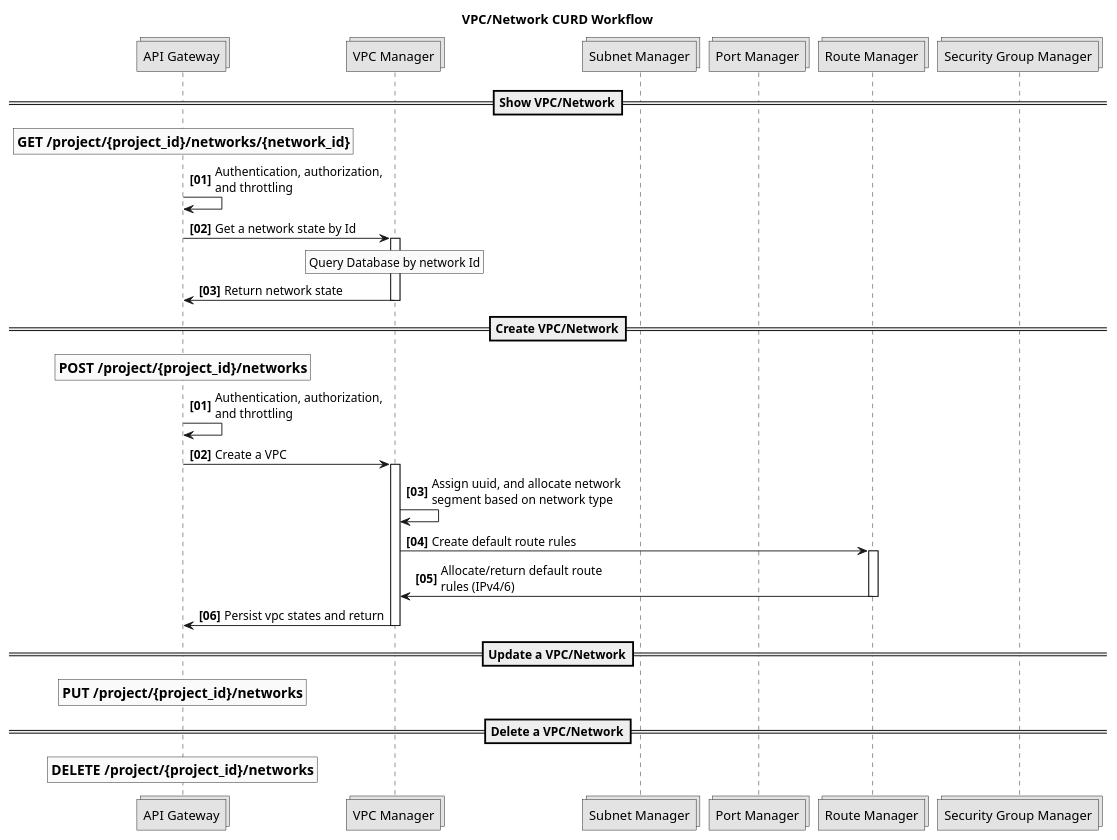
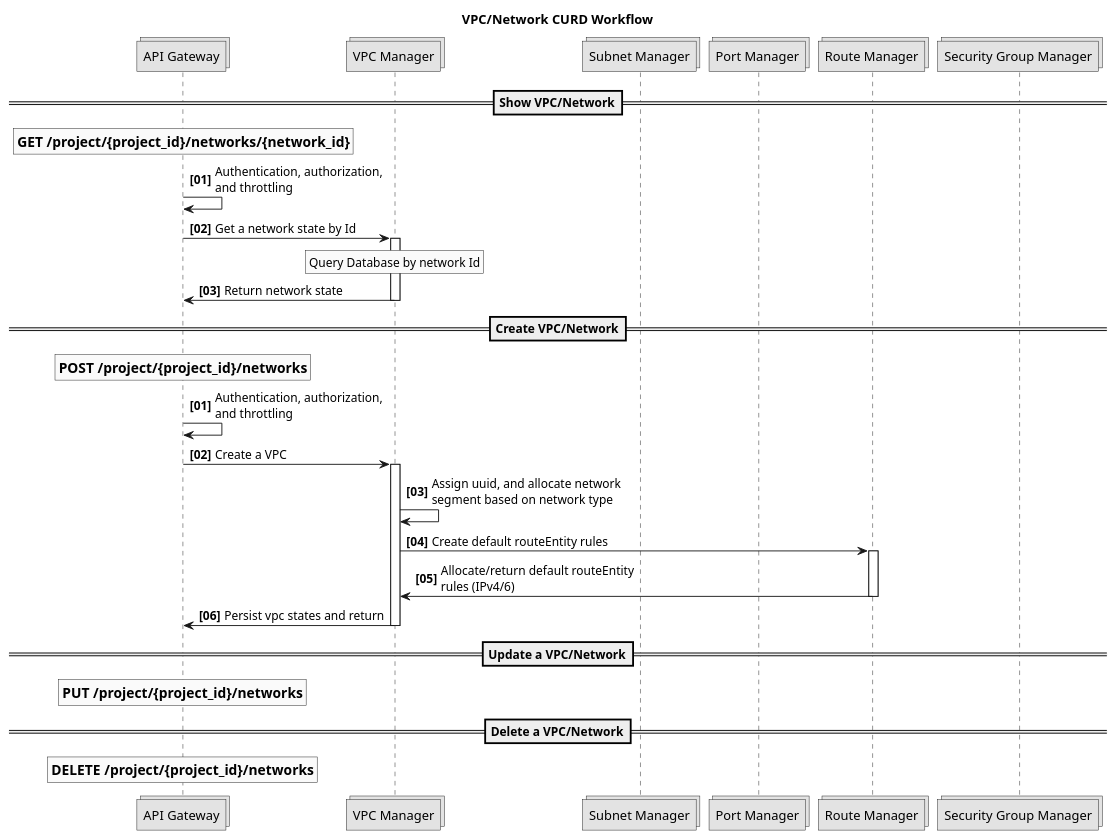
The diagram in docs/modules/ROOT/workflows/vpc_create.puml (futurewei-cloud/alcor), drawn with PlantUML before and after one commit. The commit also changed 30 other files, not shown here.

```diff
--- a/docs/modules/ROOT/workflows/vpc_create.puml
+++ b/docs/modules/ROOT/workflows/vpc_create.puml
@@ -15,57 +15,57 @@
 @startuml
 
 title VPC/Network CURD Workflow
 
 skinparam monochrome true
 collections "API Gateway" as api
 collections "VPC Manager" as vpc
 collections "Subnet Manager" as subnet
 collections "Port Manager" as port
-collections "Route Manager" as route
+collections "Route Manager" as routeEntity
 collections "Security Group Manager" as sg
 
 ==Show VPC/Network==
 autonumber "<b>[00]"
 rnote over api: ==GET /project/{project_id}/networks/{network_id}
 api -> api: Authentication, authorization,\nand throttling
 api -> vpc: Get a network state by Id
 activate vpc
 rnote over vpc: Query Database by network Id
 vpc -> api: Return network state
 deactivate vpc
 
 ==Create VPC/Network==
 autonumber "<b>[00]"
 rnote over api: ==POST /project/{project_id}/networks
 api -> api: Authentication, authorization,\nand throttling
 api -> vpc: Create a VPC
 activate vpc
 vpc -> vpc: Assign uuid, and allocate network\nsegment based on network type
-vpc -> route: Create default route rules
-activate route
-route -> vpc: Allocate/return default route\nrules (IPv4/6)
-deactivate route
+vpc -> routeEntity: Create default routeEntity rules
+activate routeEntity
+routeEntity -> vpc: Allocate/return default routeEntity\nrules (IPv4/6)
+deactivate routeEntity
 vpc -> api: Persist vpc states and return
 deactivate vpc
 
 ==Update a VPC/Network==
 autonumber "<b>[00]"
 rnote over api: ==PUT /project/{project_id}/networks
 'api -> api: Authentication, authorization,\nand throttling
 'api -> vpc: Create a VPC
 'vpc -> vpc: Assign uuid, and allocate network\nsegment based on network type
-'vpc -> route: Create default route rules
-'route -> vpc: Allocate/return default route\nrules (IPv4/6)
+'vpc -> routeEntity: Create default routeEntity rules
+'routeEntity -> vpc: Allocate/return default routeEntity\nrules (IPv4/6)
 'vpc -> api: Persist vpc states and return
 
 ==Delete a VPC/Network==
 autonumber "<b>[00]"
 rnote over api: ==DELETE /project/{project_id}/networks
 'api -> api: Authentication, authorization,\nand throttling
 'api -> vpc: Create a VPC
 'vpc -> vpc: Assign uuid, and allocate network\nsegment based on network type
-'vpc -> route: Create default route rules
-'route -> vpc: Allocate/return default route\nrules (IPv4/6)
+'vpc -> routeEntity: Create default routeEntity rules
+'routeEntity -> vpc: Allocate/return default routeEntity\nrules (IPv4/6)
 'vpc -> api: Persist vpc states and return
 
 @enduml
```
